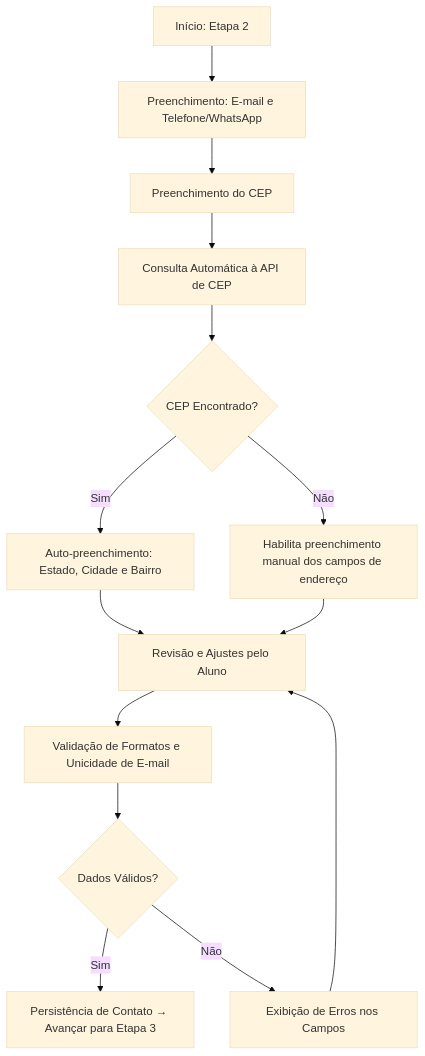
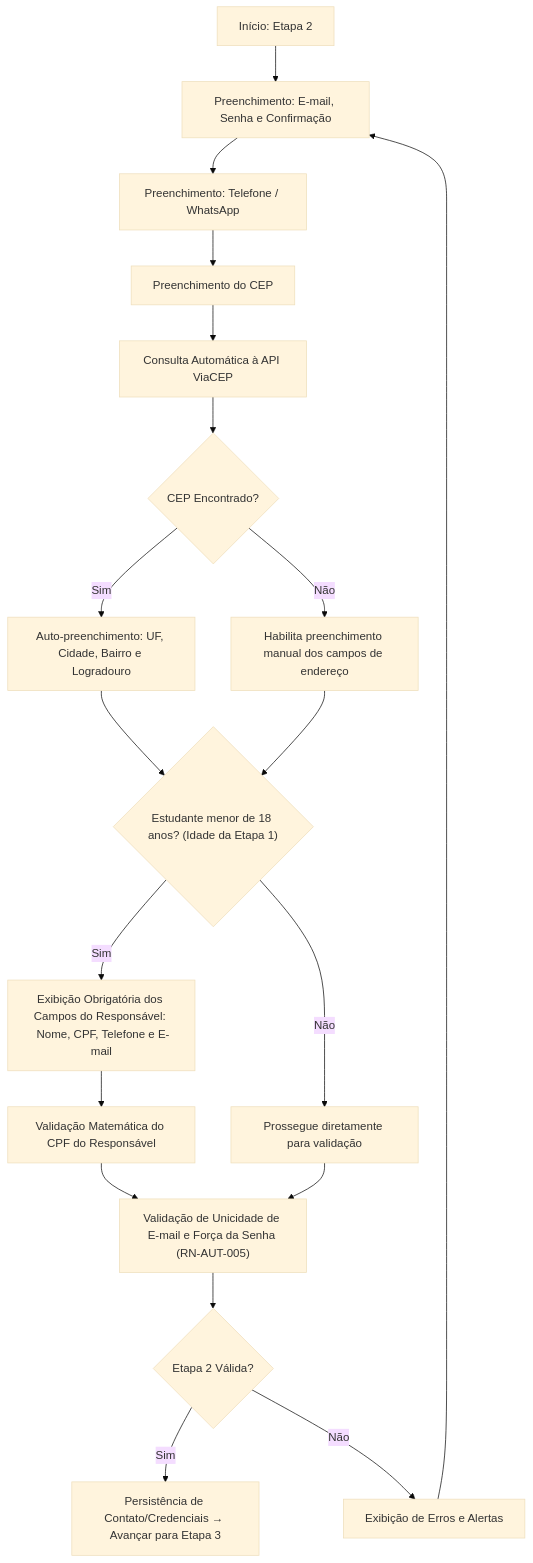
The second of 3 diagrams in docs/modules/onboarding/flow/wizard.md (SiadeLucas/Tutor-Inteligente), drawn with Mermaid (base theme) before and after one commit. The commit also changed other lines of this file and 40 other files, not shown here.

````diff
--- a/docs/modules/onboarding/flow/wizard.md
+++ b/docs/modules/onboarding/flow/wizard.md
@@ -36,16 +36,21 @@
 ```mermaid
 flowchart TD
-    A["Início: Etapa 2"] --> B["Preenchimento: E-mail e Telefone/WhatsApp"]
-    B --> C["Preenchimento do CEP"]
-    C --> D["Consulta Automática à API de CEP"]
-    D --> E{"CEP Encontrado?"}
-    E -->|Sim| F["Auto-preenchimento: Estado, Cidade e Bairro"]
-    E -->|Não| G["Habilita preenchimento manual dos campos de endereço"]
-    F --> H["Revisão e Ajustes pelo Aluno"]
-    G --> H
-    H --> I["Validação de Formatos e Unicidade de E-mail"]
-    I --> J{"Dados Válidos?"}
-    J -->|Sim| K["Persistência de Contato → Avançar para Etapa 3"]
-    J -->|Não| L["Exibição de Erros nos Campos"]
-    L --> H
+    A["Início: Etapa 2"] --> B["Preenchimento: E-mail, Senha e Confirmação"]
+    B --> C["Preenchimento: Telefone / WhatsApp"]
+    C --> D["Preenchimento do CEP"]
+    D --> E["Consulta Automática à API ViaCEP"]
+    E --> F{"CEP Encontrado?"}
+    F -->|Sim| G["Auto-preenchimento: UF, Cidade, Bairro e Logradouro"]
+    F -->|Não| H["Habilita preenchimento manual dos campos de endereço"]
+    G --> I{"Estudante menor de 18 anos? (Idade da Etapa 1)"}
+    H --> I
+    I -->|Sim| J["Exibição Obrigatória dos Campos do Responsável: \n Nome, CPF, Telefone e E-mail"]
+    I -->|Não| K["Prossegue diretamente para validação"]
+    J --> L["Validação Matemática do CPF do Responsável"]
+    L --> M["Validação de Unicidade de E-mail e Força da Senha (RN-AUT-005)"]
+    K --> M
+    M --> N{"Etapa 2 Válida?"}
+    N -->|Sim| O["Persistência de Contato/Credenciais → Avançar para Etapa 3"]
+    N -->|Não| P["Exibição de Erros e Alertas"]
+    P --> B
 ```
````
